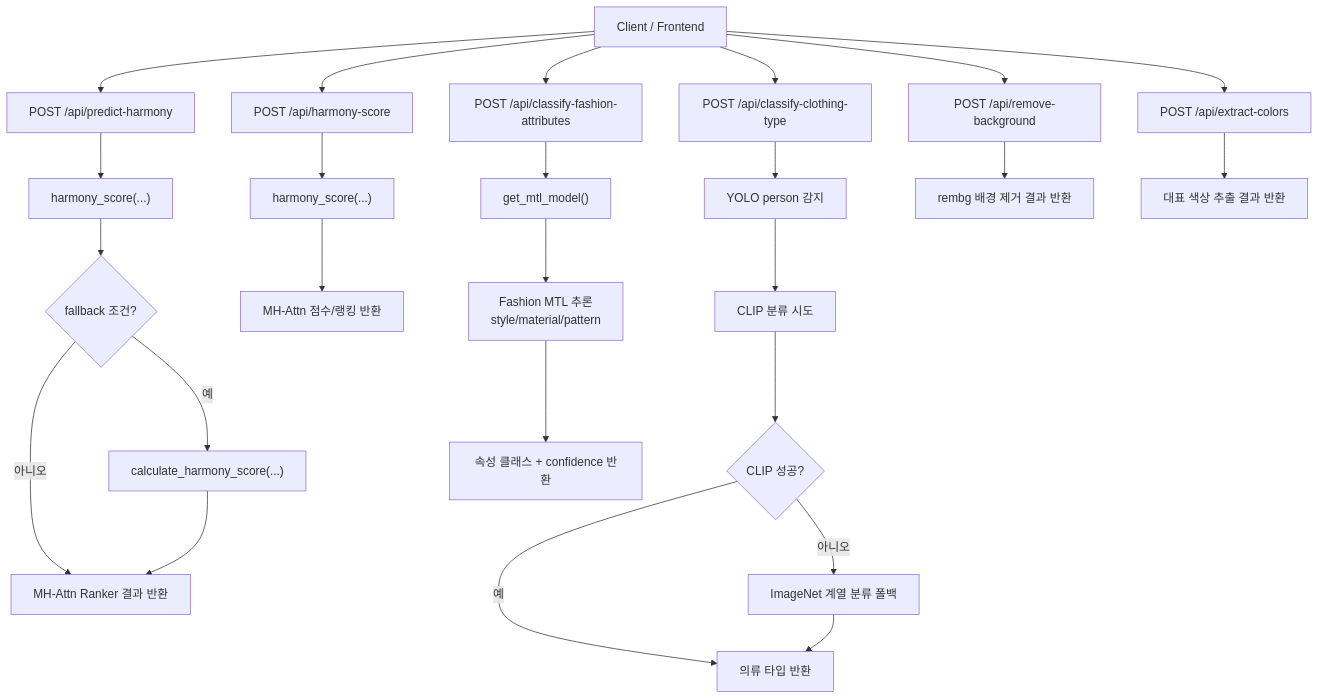
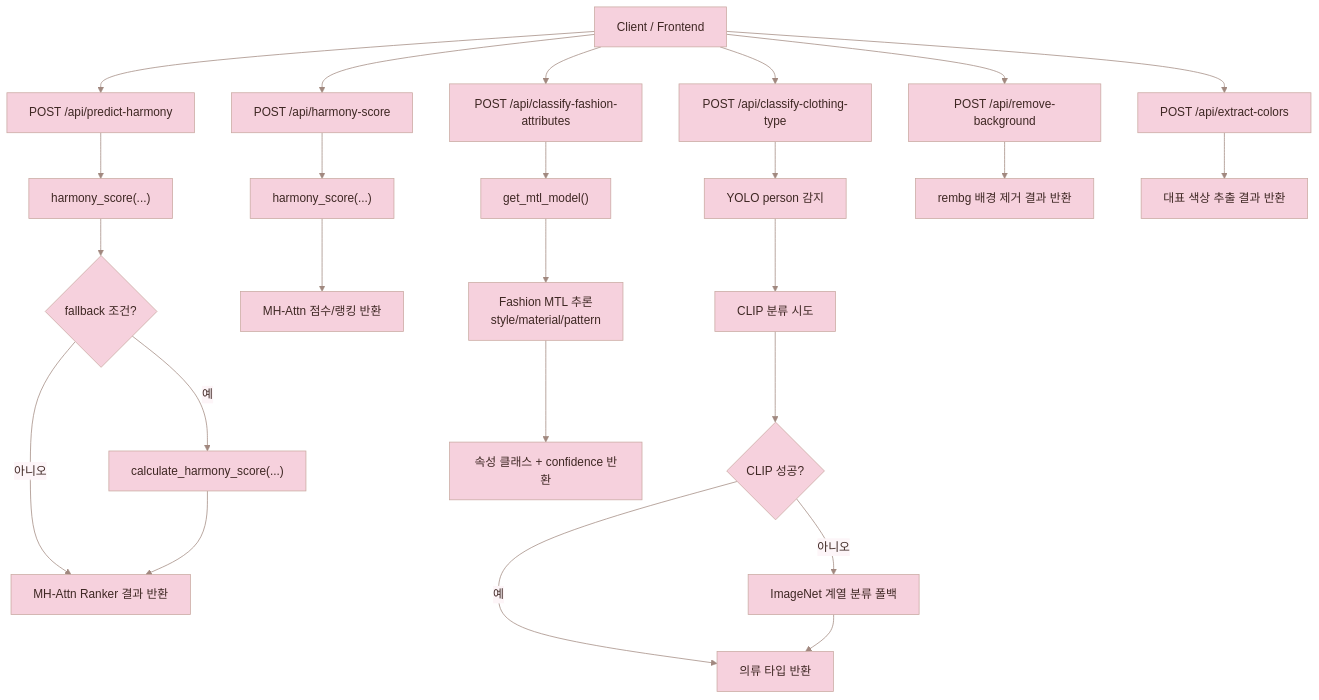
One commit to jinbaaaaaang/huwari changed the third of 6 diagrams in README.md. Above: the diagram before and after it, drawn with Mermaid. The commit also changed other lines of this file, not shown here.

````diff
--- a/README.md
+++ b/README.md
@@ -89,32 +91,33 @@
 ```mermaid
+%%{init: {'theme': 'base', 'themeVariables': {'primaryColor':'#F6D1DD','primaryTextColor':'#3E2723','primaryBorderColor':'#C9A8A0','lineColor':'#A1887F','secondaryColor':'#F9E8ED','tertiaryColor':'#FDF5F8','background':'#FDF5F8','mainBkg':'#F6D1DD','clusterBkg':'#F9E8ED','clusterBorder':'#C9A8A0','edgeLabelBackground':'#FDF5F8','fontFamily':'inherit'}}}%%
 flowchart TB
     U["Client / Frontend"] --> A1["POST /api/predict-harmony"]
     U --> A2["POST /api/harmony-score"]
     U --> A3["POST /api/classify-fashion-attributes"]
     U --> A4["POST /api/classify-clothing-type"]
     U --> A5["POST /api/remove-background"]
     U --> A6["POST /api/extract-colors"]
 
     A1 --> B1["harmony_score(...)"]
     B1 --> C1{"fallback 조건?"}
     C1 -->|아니오| D1["MH-Attn Ranker 결과 반환"]
     C1 -->|예| E1["calculate_harmony_score(...)"]
     E1 --> D1
 
     A2 --> B2["harmony_score(...)"]
     B2 --> D2["MH-Attn 점수/랭킹 반환"]
 
     A3 --> B3["get_mtl_model()"]
     B3 --> C3["Fashion MTL 추론<br/>style/material/pattern"]
     C3 --> D3["속성 클래스 + confidence 반환"]
 
     A4 --> B4["YOLO person 감지"]
     B4 --> C4["CLIP 분류 시도"]
     C4 --> D4{"CLIP 성공?"}
     D4 -->|예| E4["의류 타입 반환"]
     D4 -->|아니오| F4["ImageNet 계열 분류 폴백"]
     F4 --> E4
 
     A5 --> R1["rembg 배경 제거 결과 반환"]
     A6 --> R2["대표 색상 추출 결과 반환"]
 ```
````
